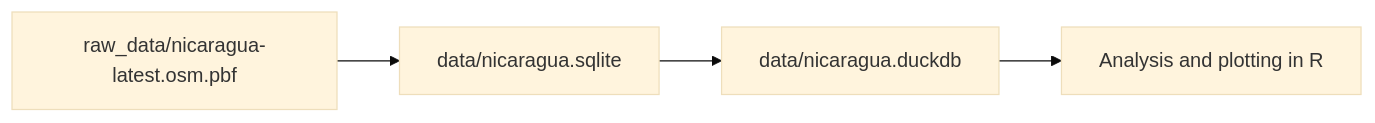
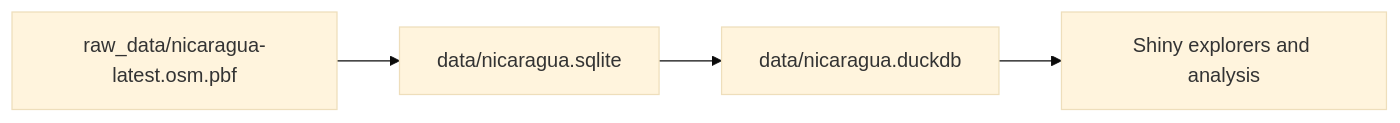
Before and after one commit to lopezgrj/OSM_Nic: the diagram in README.md, drawn with Mermaid (base theme). The commit also changed other lines of this file, not shown here.

````diff
--- a/README.md
+++ b/README.md
@@ -73,6 +104,6 @@
 ```mermaid
 flowchart LR
-	A[raw_data/nicaragua-latest.osm.pbf] --> B[data/nicaragua.sqlite]
-	B --> C[data/nicaragua.duckdb]
-	C --> D[Analysis and plotting in R]
+  A[raw_data/nicaragua-latest.osm.pbf] --> B[data/nicaragua.sqlite]
+  B --> C[data/nicaragua.duckdb]
+  C --> D[Shiny explorers and analysis]
 ```
````
